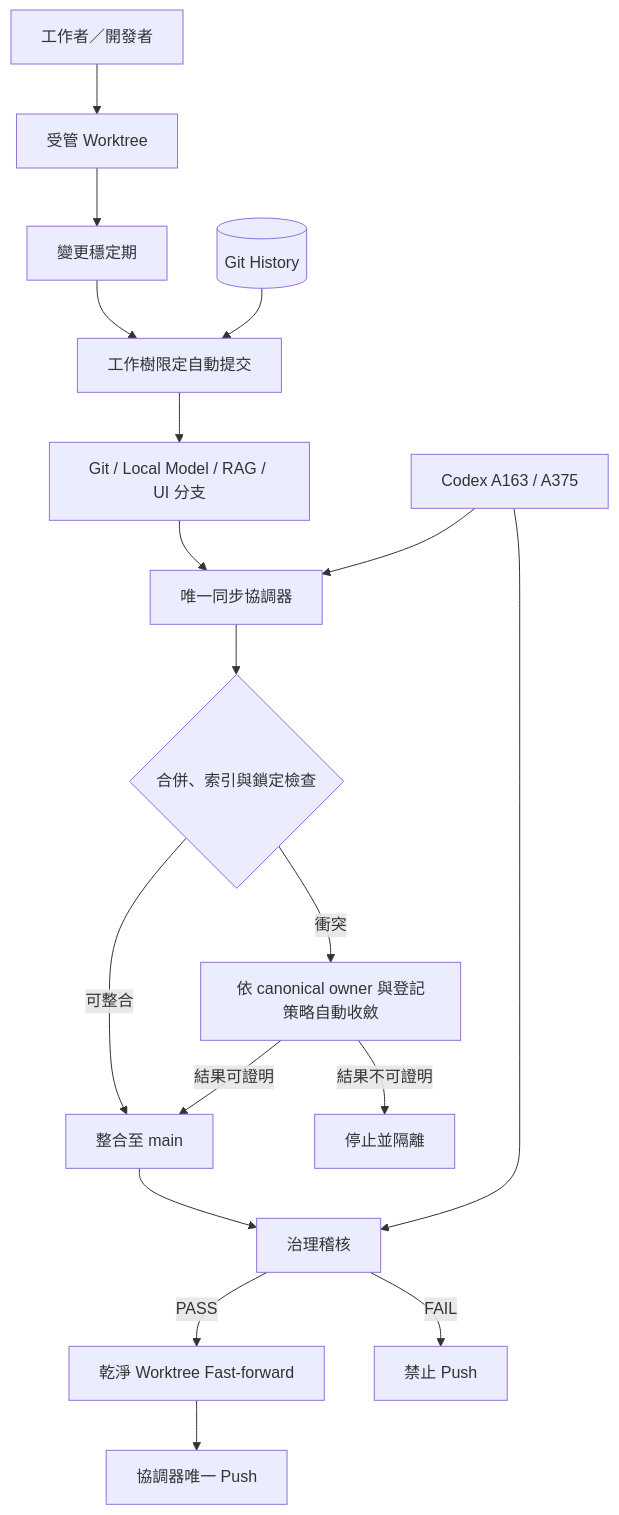
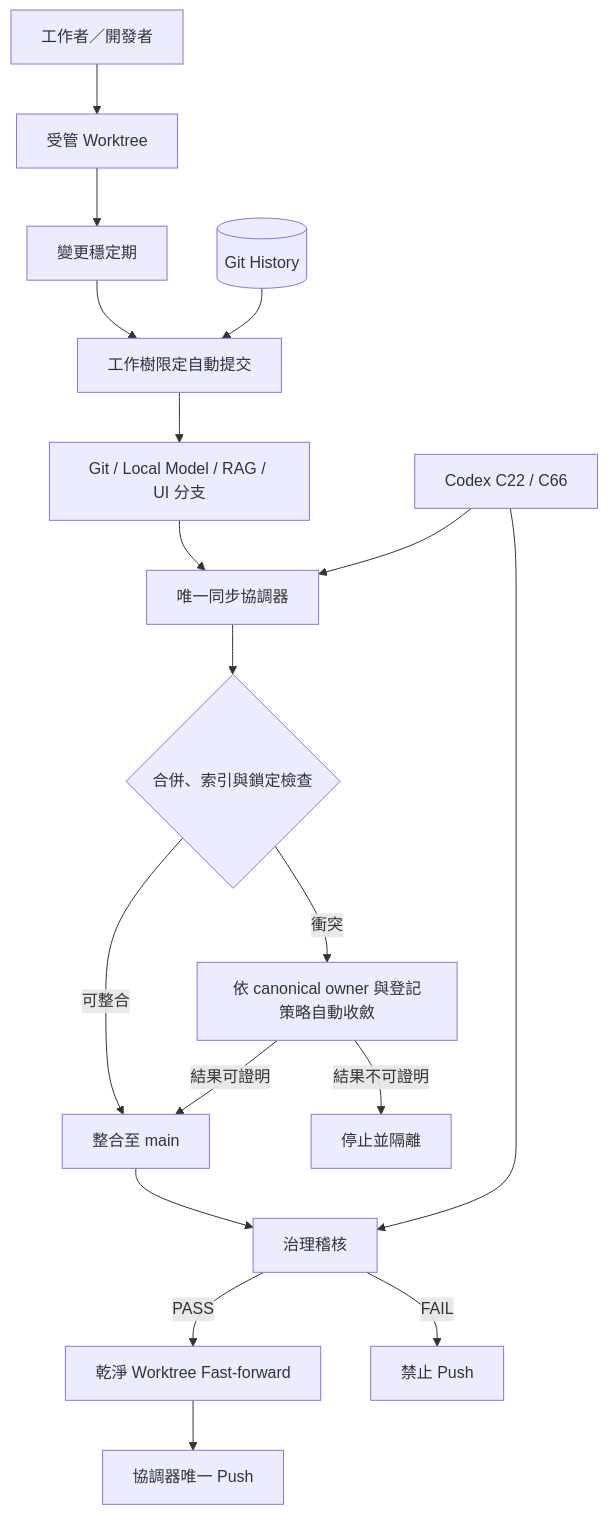
The seventh of 11 diagrams in governance_rule/codex/architecture-project.md (guilty442-source/GPTBridge), drawn with Mermaid before and after one commit. The commit also changed other lines of this file and 15 other files, not shown here.

````diff
--- a/governance_rule/codex/architecture-project.md
+++ b/governance_rule/codex/architecture-project.md
@@ -231,21 +231,21 @@
 ```mermaid
 flowchart TB
   DEV[工作者／開發者] --> WT[受管 Worktree]
   WT --> STABLE[變更穩定期]
   STABLE --> COMMIT[工作樹限定自動提交]
   COMMIT --> BRANCH[Git / Local Model / RAG / UI 分支]
   BRANCH --> COORD[唯一同步協調器]
   COORD --> GUARD{合併、索引與鎖定檢查}
   GUARD -->|衝突| RESOLVE[依 canonical owner 與登記策略自動收斂]
   GUARD -->|可整合| MERGE[整合至 main]
   RESOLVE -->|結果可證明| MERGE
   RESOLVE -->|結果不可證明| QUARANTINE[停止並隔離]
   MERGE --> AUDIT[治理稽核]
   AUDIT -->|PASS| FF[乾淨 Worktree Fast-forward]
   FF --> PUSH[協調器唯一 Push]
   AUDIT -->|FAIL| CLOSED[禁止 Push]
 
   HIST[(Git History)] --> COMMIT
-  POLICY[Codex A163 / A375] --> COORD
+  POLICY[Codex C22 / C66] --> COORD
   POLICY --> AUDIT
 ```
````
